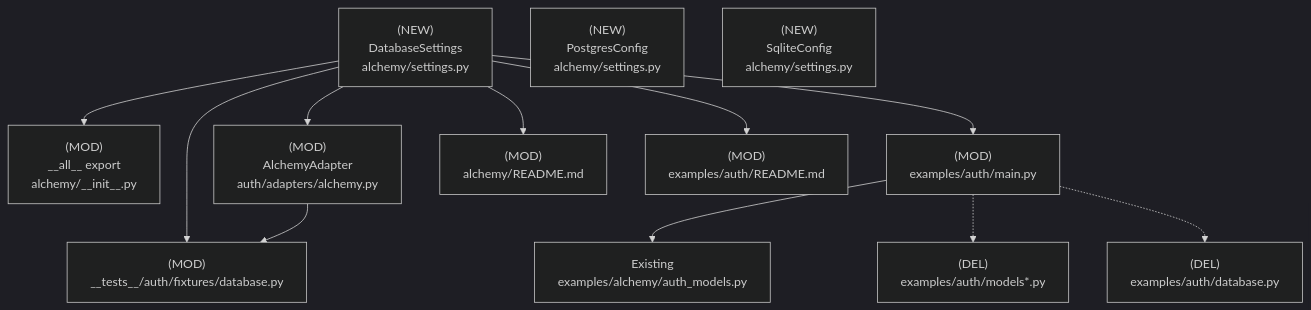
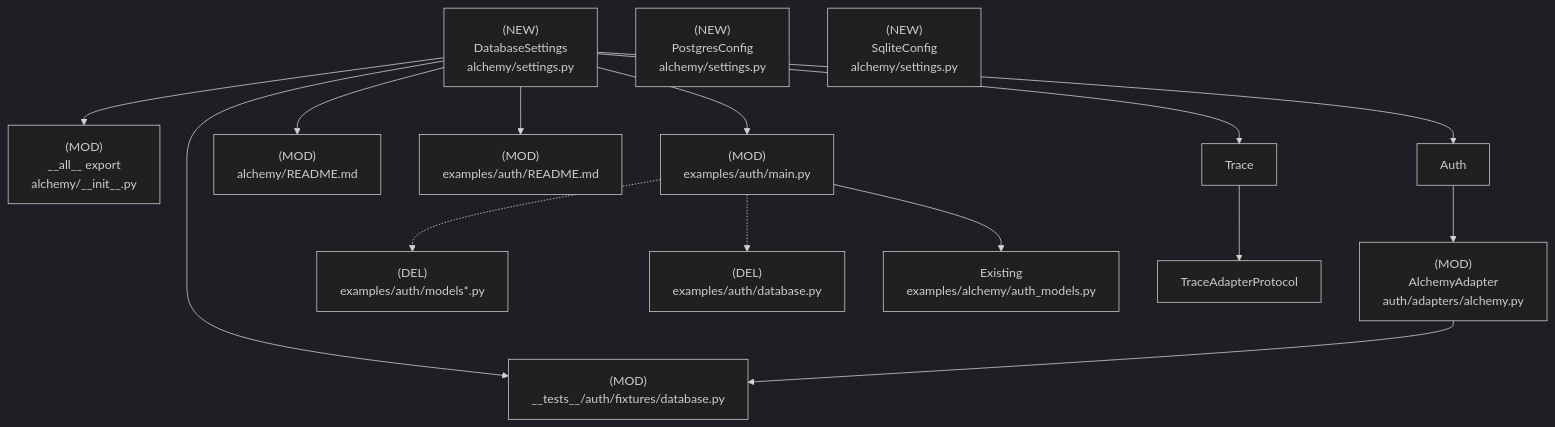
One commit to mplemay/belgie changed the fourth of 4 diagrams in design/005-database-settings.md. Above: the diagram before and after it, drawn with Mermaid (dark theme). The commit also changed other lines of this file, not shown here.

````diff
--- a/design/005-database-settings.md
+++ b/design/005-database-settings.md
@@ -111,26 +113,29 @@
 ```mermaid
 graph TD
     DatabaseSettings["(NEW)<br/>DatabaseSettings<br/>alchemy/settings.py"]
     PostgresConfig["(NEW)<br/>PostgresConfig<br/>alchemy/settings.py"]
     SqliteConfig["(NEW)<br/>SqliteConfig<br/>alchemy/settings.py"]
     AlchemyInit["(MOD)<br/>__all__ export<br/>alchemy/__init__.py"]
     AlchemyAdapter["(MOD)<br/>AlchemyAdapter<br/>auth/adapters/alchemy.py"]
     ExampleAuth["(MOD)<br/>examples/auth/main.py"]
     ExampleModels["(DEL)<br/>examples/auth/models*.py"]
     ExampleDatabase["(DEL)<br/>examples/auth/database.py"]
     ExampleAuthModels["Existing<br/>examples/alchemy/auth_models.py"]
     TestFixtures["(MOD)<br/>__tests__/auth/fixtures/database.py"]
     DocsAlchemy["(MOD)<br/>alchemy/README.md"]
     DocsExample["(MOD)<br/>examples/auth/README.md"]
 
     DatabaseSettings --> AlchemyInit
-    DatabaseSettings --> AlchemyAdapter
+    DatabaseSettings --> Auth
+    DatabaseSettings --> Trace
+    Auth --> AlchemyAdapter
+    Trace --> TraceAdapterProtocol
     DatabaseSettings --> ExampleAuth
     DatabaseSettings --> TestFixtures
     ExampleAuth --> ExampleAuthModels
     ExampleAuth -.-> ExampleModels
     ExampleAuth -.-> ExampleDatabase
     AlchemyAdapter --> TestFixtures
     DatabaseSettings --> DocsAlchemy
     DatabaseSettings --> DocsExample
 ```
````
